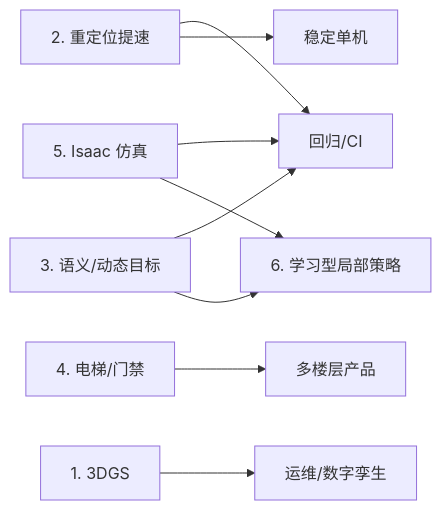
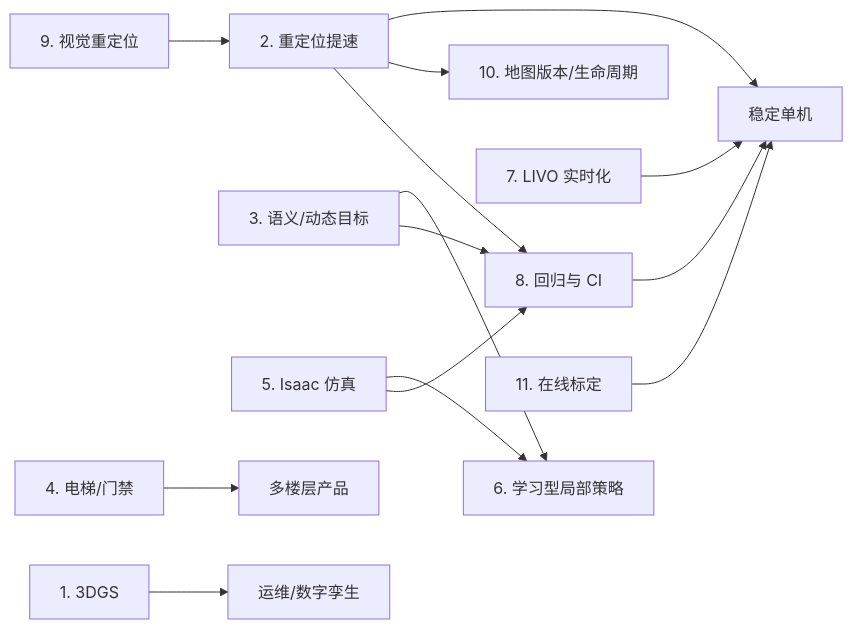
Before and after one commit to MQjehovah/rosiwit_ws: the diagram in README.md, drawn with Mermaid. The commit also changed other lines of this file, not shown here.

````diff
--- a/README.md
+++ b/README.md
@@ -48,11 +54,16 @@
 ```mermaid
 graph LR
   R[2. 重定位提速] --> S[稳定单机]
+  R --> M[10. 地图版本/生命周期]
+  V[9. 视觉重定位] --> R
+  C[8. 回归与 CI] --> S
+  L7[7. LIVO 实时化] --> S
   P[3. 语义/动态目标] --> L[6. 学习型局部策略]
   I[5. Isaac 仿真] --> L
-  I --> C[回归/CI]
+  I --> C
   P --> C
   R --> C
-  E[4. 电梯/门禁] --> M[多楼层产品]
+  E[4. 电梯/门禁] --> M2[多楼层产品]
   G[1. 3DGS] --> O[运维/数字孪生]
+  K[11. 在线标定] --> S
 ```
````
